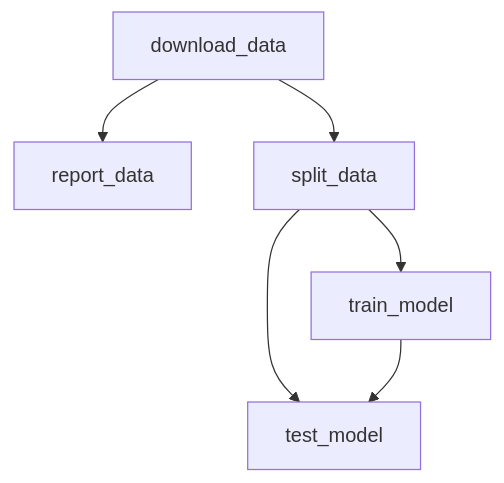
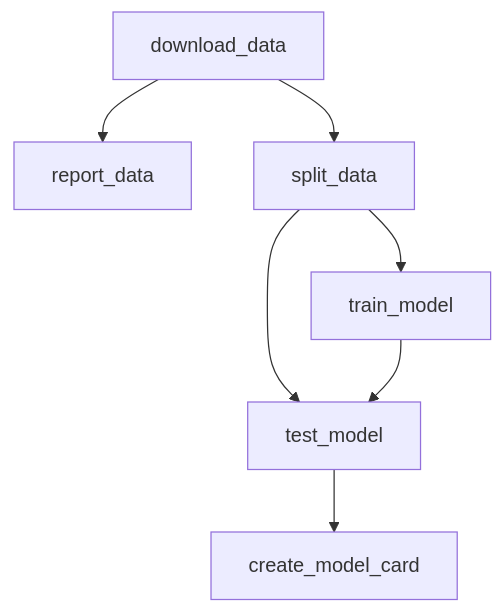
One commit to pirocheto/phishing-url-detection changed the diagram in dag.md. Above: the diagram before and after it, drawn with Mermaid. The commit also changed 32 other files, not shown here.

````diff
--- a/dag.md
+++ b/dag.md
@@ -1,13 +1,15 @@
 ```mermaid
 flowchart TD
-	node1["download_data"]
-	node2["report_data"]
-	node3["split_data"]
-	node4["test_model"]
-	node5["train_model"]
-	node1-->node2
-	node1-->node3
-	node3-->node4
-	node3-->node5
-	node5-->node4
+	node1["create_model_card"]
+	node2["download_data"]
+	node3["report_data"]
+	node4["split_data"]
+	node5["test_model"]
+	node6["train_model"]
+	node2-->node3
+	node2-->node4
+	node4-->node5
+	node4-->node6
+	node5-->node1
+	node6-->node5
 ```
````
